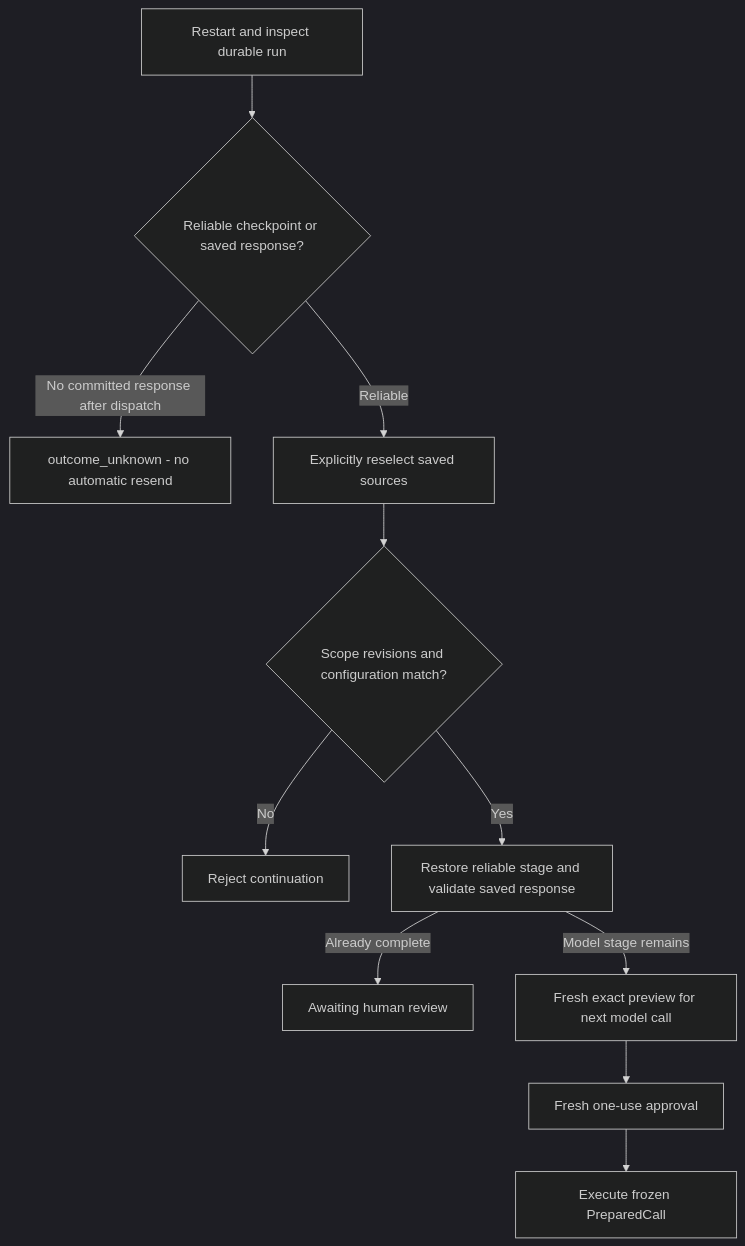
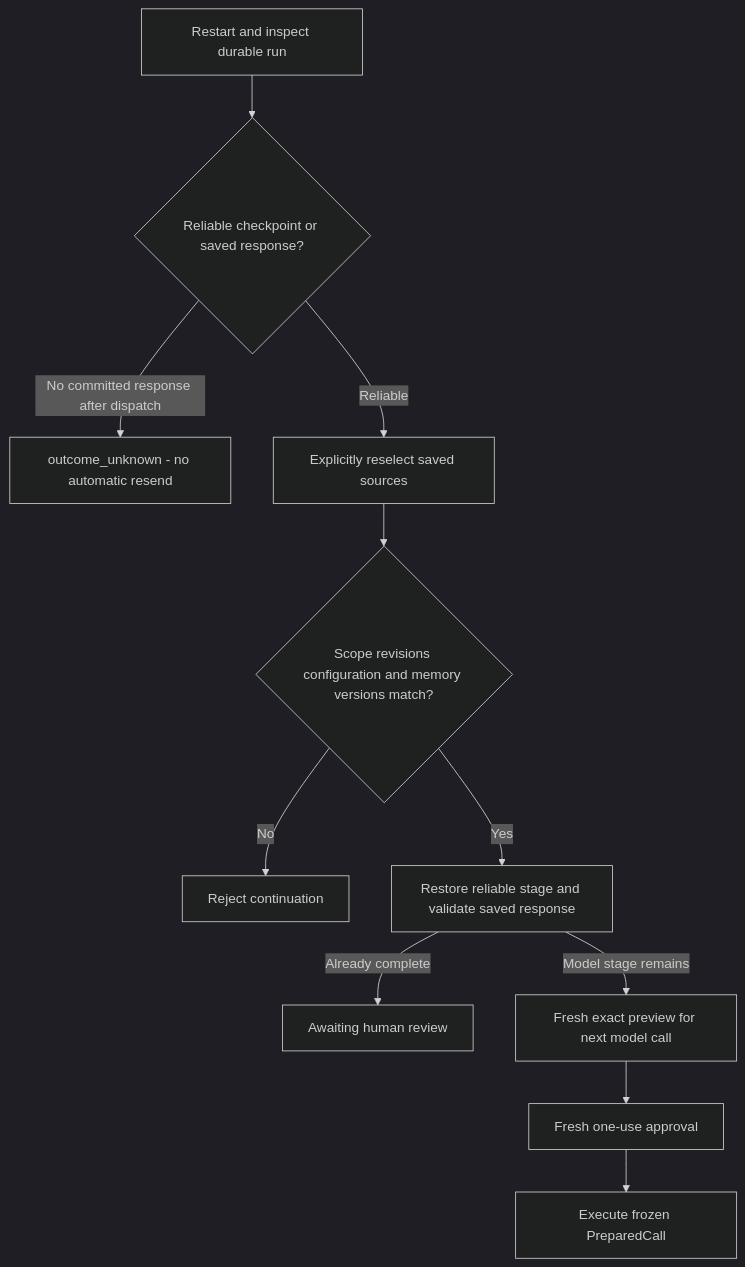
Before and after one commit to O-u-i/FRAG-harness: the first of 2 diagrams in README.md, drawn with Mermaid (dark theme). The commit also changed other lines of this file and 44 other files, not shown here.

````diff
--- a/README.md
+++ b/README.md
@@ -55,13 +57,13 @@
 ```mermaid
 flowchart TD
     Restart[Restart and inspect durable run] --> Outcome{Reliable checkpoint or saved response?}
     Outcome -->|No committed response after dispatch| Unknown[outcome_unknown - no automatic resend]
     Outcome -->|Reliable| Select[Explicitly reselect saved sources]
-    Select --> Check{Scope revisions and configuration match?}
+    Select --> Check{Scope revisions configuration and memory versions match?}
     Check -->|No| Reject[Reject continuation]
     Check -->|Yes| Restore[Restore reliable stage and validate saved response]
     Restore -->|Already complete| Review[Awaiting human review]
     Restore -->|Model stage remains| Preview[Fresh exact preview for next model call]
     Preview --> Approval[Fresh one-use approval]
     Approval --> Execute[Execute frozen PreparedCall]
 ```
````
